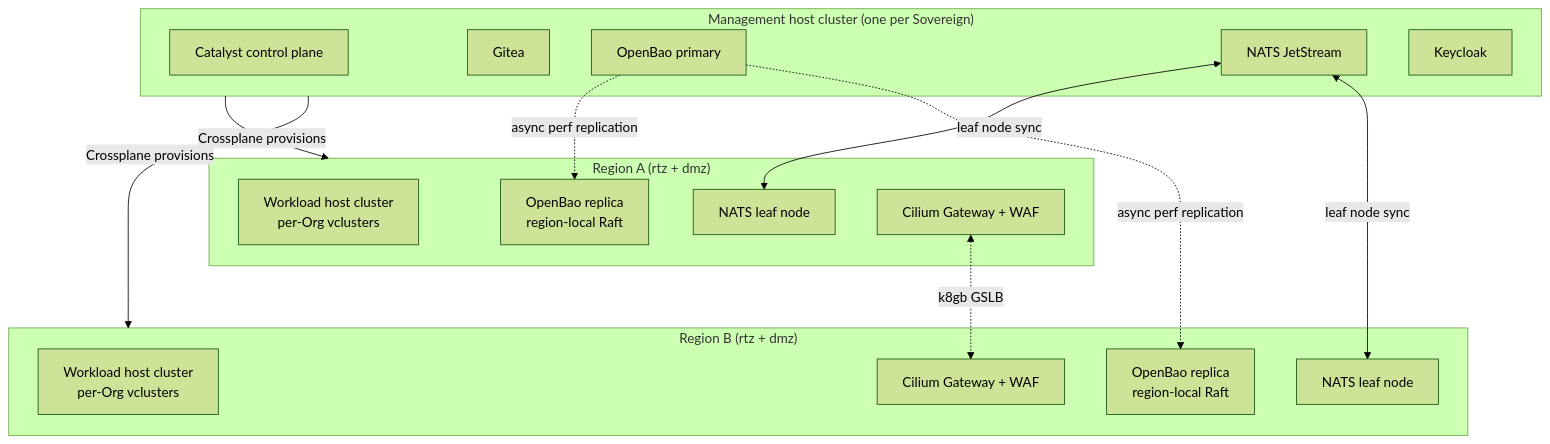
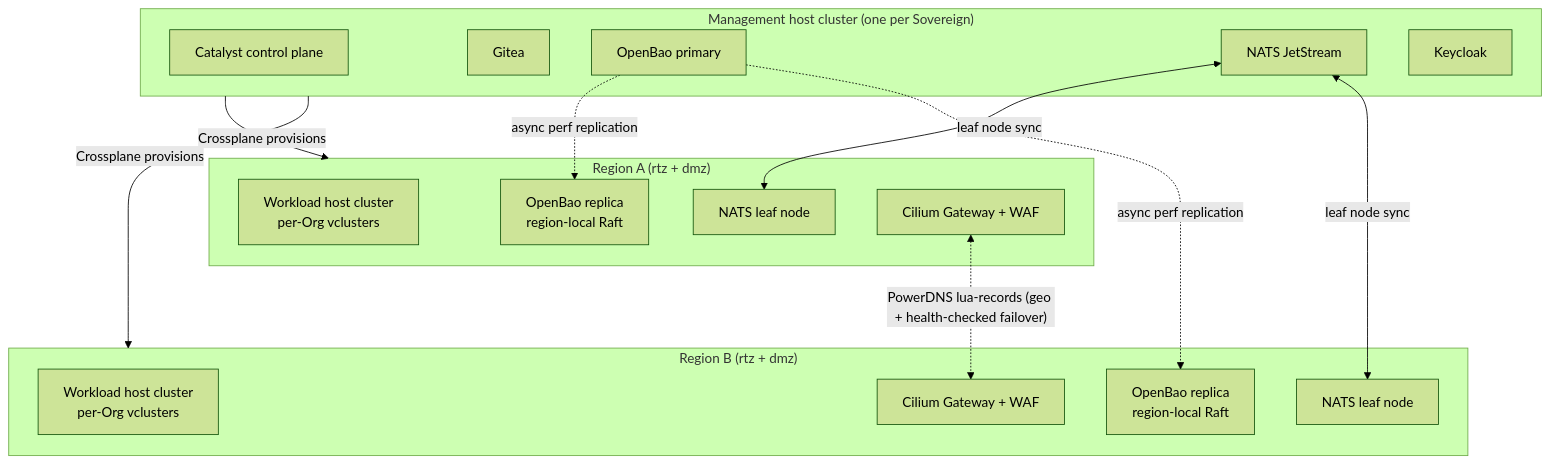
The first of 2 diagrams in docs/PLATFORM-TECH-STACK.md (openova-io/openova), drawn with Mermaid (forest theme) before and after one commit. The commit also changed other lines of this file and 30 other files, not shown here.

````diff
--- a/docs/PLATFORM-TECH-STACK.md
+++ b/docs/PLATFORM-TECH-STACK.md
@@ -220,32 +220,32 @@
 ```mermaid
 flowchart TB
     subgraph Mgt["Management host cluster (one per Sovereign)"]
         CC[Catalyst control plane]
         Gitea
         Bao0[OpenBao primary]
         Nats[NATS JetStream]
         KC[Keycloak]
     end
 
     subgraph RegionA["Region A (rtz + dmz)"]
         K8sA[Workload host cluster<br>per-Org vclusters]
         BaoA[OpenBao replica<br>region-local Raft]
         NatsA[NATS leaf node]
         IngressA[Cilium Gateway + WAF]
     end
 
     subgraph RegionB["Region B (rtz + dmz)"]
         K8sB[Workload host cluster<br>per-Org vclusters]
         BaoB[OpenBao replica<br>region-local Raft]
         NatsB[NATS leaf node]
         IngressB[Cilium Gateway + WAF]
     end
 
     Mgt -->|"Crossplane provisions"| RegionA
     Mgt -->|"Crossplane provisions"| RegionB
     Bao0 -.->|"async perf replication"| BaoA
     Bao0 -.->|"async perf replication"| BaoB
     Nats <-->|"leaf node sync"| NatsA
     Nats <-->|"leaf node sync"| NatsB
-    IngressA <-.->|"k8gb GSLB"| IngressB
+    IngressA <-.->|"PowerDNS lua-records (geo + health-checked failover)"| IngressB
 ```
````
